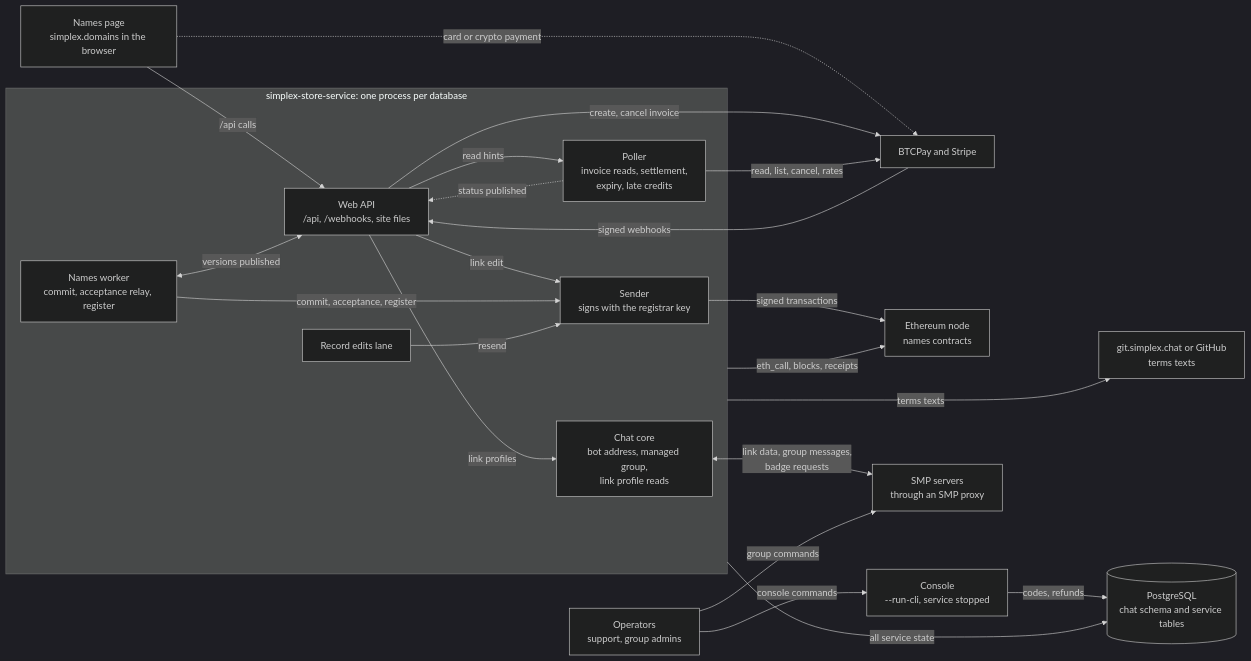
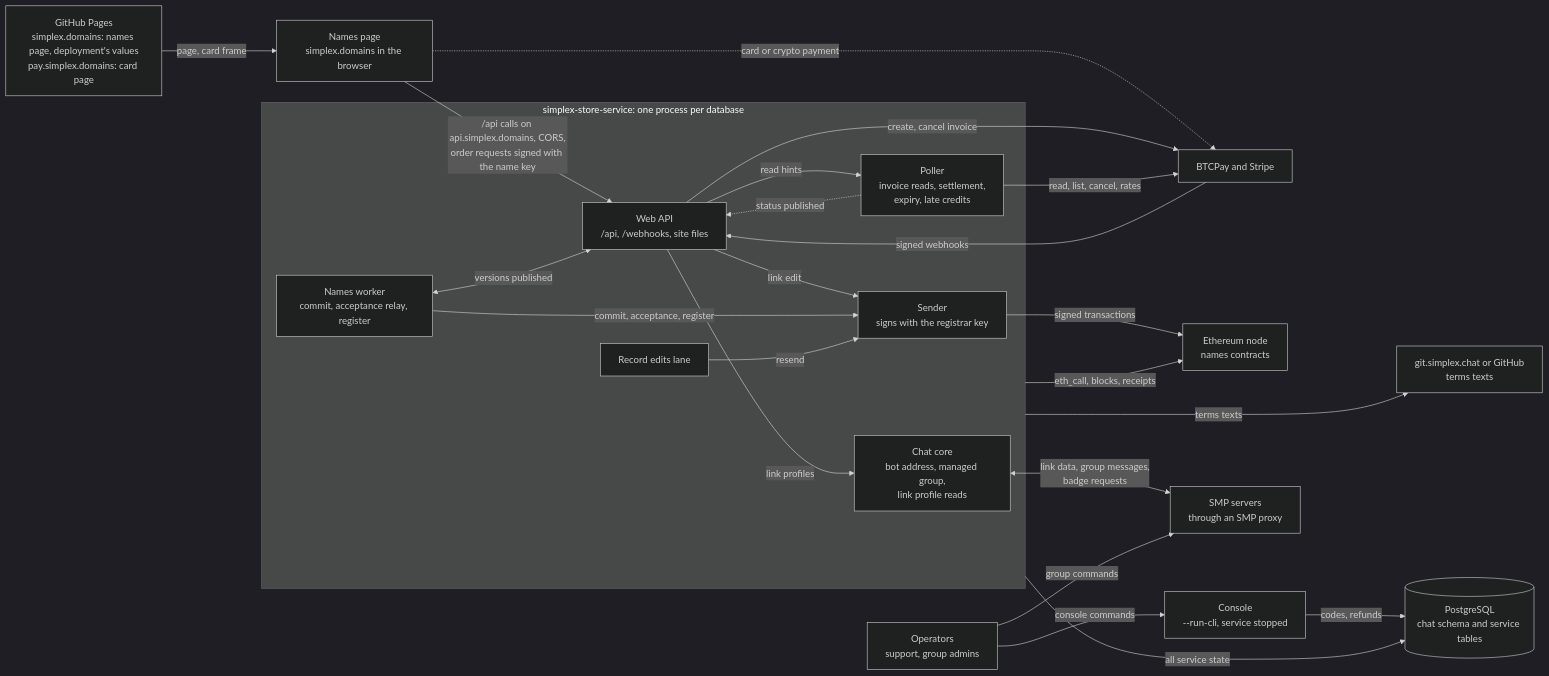
One commit to simplex-chat/simplex-chat changed the first of 16 diagrams in apps/simplex-store-service/docs/names.md. Above: the diagram before and after it, drawn with Mermaid (dark theme). The commit also changed other lines of this file and 4 other files, not shown here.

Commit message:
docs: the names page on GitHub Pages

````diff
--- a/apps/simplex-store-service/docs/names.md
+++ b/apps/simplex-store-service/docs/names.md
@@ -34,41 +35,43 @@
 ```mermaid
 flowchart LR
   ops["Operators<br/>support, group admins"]
+  pages["GitHub Pages<br/>simplex.domains: names page, deployment's values<br/>pay.simplex.domains: card page"]
   page["Names page<br/>simplex.domains in the browser"]
   pay["BTCPay and Stripe"]
   subgraph proc["simplex-store-service: one process per database"]
     web["Web API<br/>/api, /webhooks, site files"]
     poller["Poller<br/>invoice reads, settlement,<br/>expiry, late credits"]
     worker["Names worker<br/>commit, acceptance relay, register"]
     edits["Record edits lane"]
     sender["Sender<br/>signs with the registrar key"]
     chat["Chat core<br/>bot address, managed group,<br/>link profile reads"]
   end
   cli["Console<br/>--run-cli, service stopped"]
   db[("PostgreSQL<br/>chat schema and service tables")]
   eth["Ethereum node<br/>names contracts"]
   smp["SMP servers<br/>through an SMP proxy"]
   git["git.simplex.chat or GitHub<br/>terms texts"]
 
-  page -->|"/api calls"| web
+  pages -->|"page, card frame"| page
+  page -->|"/api calls on api.simplex.domains, CORS,<br/>order requests signed with the name key"| web
   page -.->|"card or crypto payment"| pay
   pay -->|"signed webhooks"| web
   web -->|"create, cancel invoice"| pay
   web -->|"read hints"| poller
   poller -->|"read, list, cancel, rates"| pay
   poller -.->|"status published"| web
   worker <-->|"versions published"| web
   web -->|"link edit"| sender
   worker -->|"commit, acceptance, register"| sender
   edits -->|"resend"| sender
   sender -->|"signed transactions"| eth
   proc -->|"eth_call, blocks, receipts"| eth
   proc -->|"all service state"| db
   proc -->|"terms texts"| git
   web -->|"link profiles"| chat
   chat <-->|"link data, group messages,<br/>badge requests"| smp
   ops -->|"group commands"| smp
   ops -->|"console commands"| cli
   cli -->|"codes, refunds"| db
   eth ~~~ git
 ```
````
